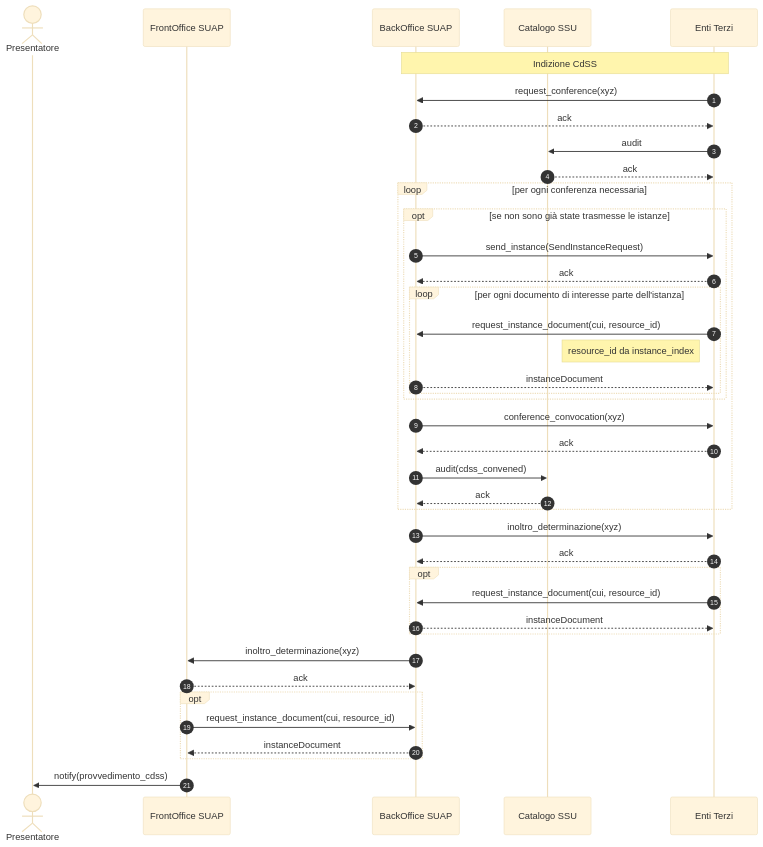
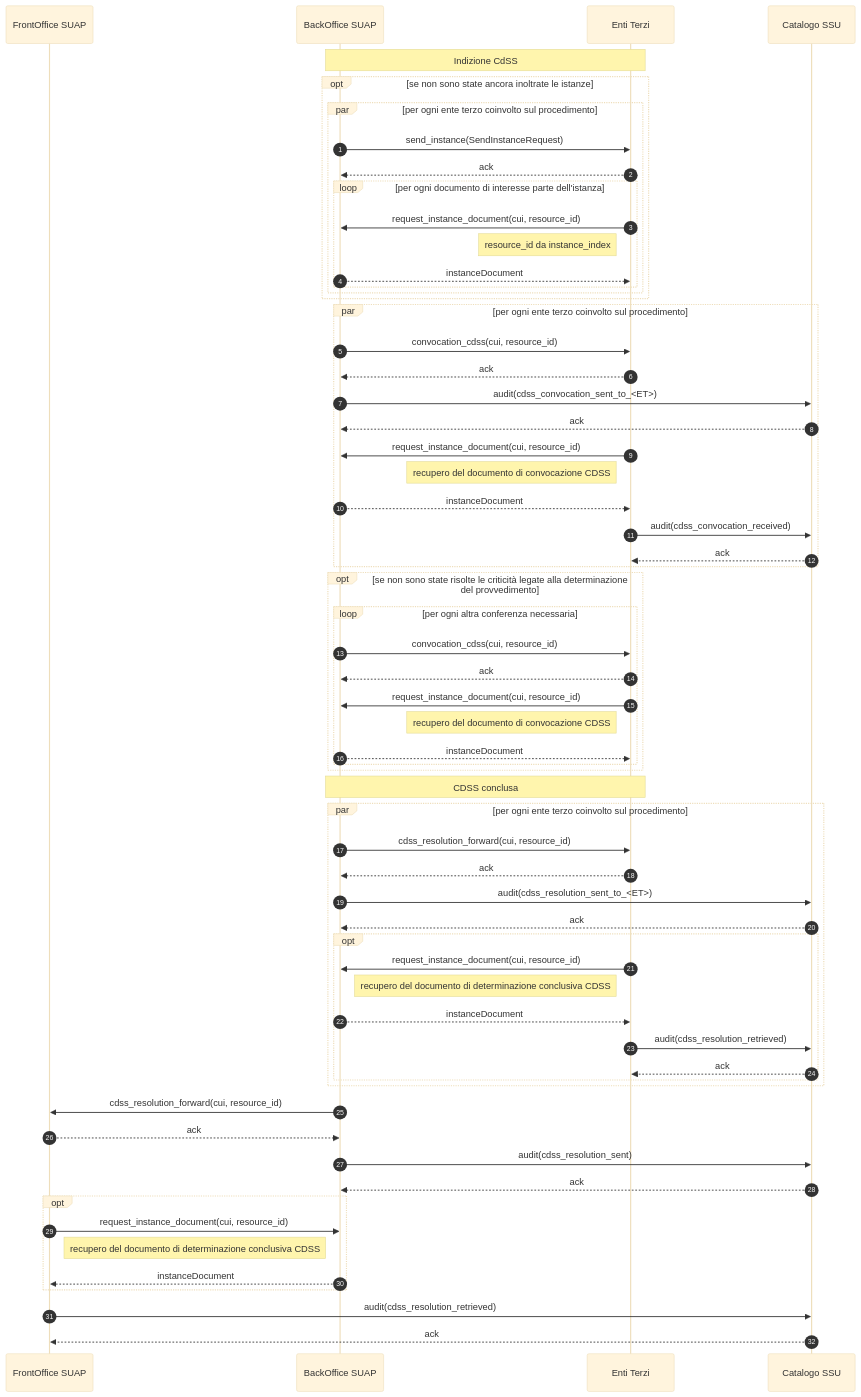
Before and after one commit to AgID/specifiche-tecniche-DPR-160-2010: the diagram in sequence-diagram/CdSS.mermaid, drawn with Mermaid (base theme). The commit also changed 1 other file, not shown here.

```diff
--- a/sequence-diagram/CdSS.mermaid
+++ b/sequence-diagram/CdSS.mermaid
@@ -1,41 +1,74 @@
 sequenceDiagram 
     autonumber
-    actor P as Presentatore    
     participant F as FrontOffice SUAP
     participant B as BackOffice SUAP
-    participant C as Catalogo SSU        
     participant E as Enti Terzi
+    participant C as Catalogo SSU   
 
     note over B,E: Indizione CdSS
-    E ->> B: request_conference(xyz)    
-    B -->> E: ack
-    E ->> C: audit
-    C -->> E: ack
-    loop per ogni conferenza necessaria 
-        opt se non sono già state trasmesse le istanze
+
+    opt se non sono state ancora inoltrate le istanze
+        par per ogni ente terzo coinvolto sul procedimento
             B ->> E: send_instance(SendInstanceRequest)
             E -->> B: ack    
             loop per ogni documento di interesse parte dell'istanza 
                 E ->> B: request_instance_document(cui, resource_id)
                 note left of E: resource_id da instance_index
                 B -->> E: instanceDocument
             end
         end
-        B ->> E: conference_convocation(xyz)
+    end
+    
+    par per ogni ente terzo coinvolto sul procedimento
+        B ->> E: convocation_cdss(cui, resource_id)    
         E -->> B: ack
-        B ->> C: audit(cdss_convened)
+
+        B ->> C: audit(cdss_convocation_sent_to_<ET>)
         C -->> B: ack
+
+        E ->> B: request_instance_document(cui, resource_id)
+        note left of E: recupero del documento di convocazione CDSS
+        B -->> E: instanceDocument
+
+        E ->> C: audit(cdss_convocation_received)
+        
+        C -->> E: ack
     end
-    B ->> E: inoltro_determinazione(xyz)
-    E -->> B: ack
-    opt
-        E ->> B: request_instance_document(cui, resource_id)
-        B -->> E: instanceDocument
+
+    opt se non sono state risolte le criticità legate alla determinazione del provvedimento
+        loop per ogni altra conferenza necessaria 
+            B ->> E: convocation_cdss(cui, resource_id)    
+            E -->> B: ack
+
+            E ->> B: request_instance_document(cui, resource_id)
+            note left of E: recupero del documento di convocazione CDSS
+            B -->> E: instanceDocument
+        end
     end
-    B ->> F: inoltro_determinazione(xyz)
+
+    note over B,E: CDSS conclusa
+    par per ogni ente terzo coinvolto sul procedimento
+        B ->> E: cdss_resolution_forward(cui, resource_id)
+        E -->> B: ack
+        B ->> C: audit(cdss_resolution_sent_to_<ET>)
+        C -->> B: ack
+        opt
+            E ->> B: request_instance_document(cui, resource_id)
+            note left of E: recupero del documento di determinazione conclusiva CDSS
+            B -->> E: instanceDocument
+            E ->> C: audit(cdss_resolution_retrieved)
+            C -->> E: ack
+        end
+    end
+
+    B ->> F: cdss_resolution_forward(cui, resource_id)
     F -->> B: ack
+    B ->> C: audit(cdss_resolution_sent)
+    C -->> B: ack
     opt
         F ->> B: request_instance_document(cui, resource_id)
+        note right of F: recupero del documento di determinazione conclusiva CDSS
         B -->> F: instanceDocument
     end
-    F ->> P: notify(provvedimento_cdss)
+    F ->> C: audit(cdss_resolution_retrieved)
+    C -->> F: ack
```
